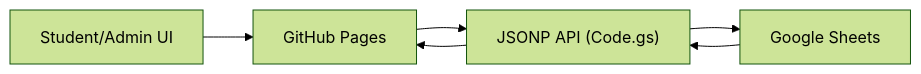
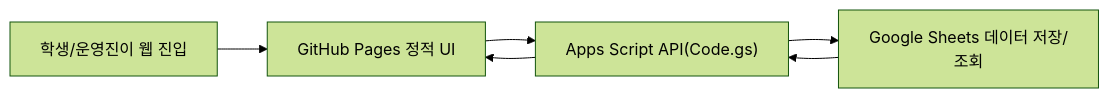
One commit to cloud-club/CloudClubAttendanceSystem changed the first of 2 diagrams in README.md. Above: the diagram before and after it, drawn with Mermaid (forest theme). The commit also changed other lines of this file and 7 other files, not shown here.

````diff
--- a/README.md
+++ b/README.md
@@ -6,8 +6,8 @@
 ```mermaid
 flowchart LR
-  A["Student/Admin UI"] --> B["GitHub Pages"]
-  B --> C["JSONP API (Code.gs)"]
-  C --> D["Google Sheets"]
+  A["학생/운영진이 웹 진입"] --> B["GitHub Pages 정적 UI"]
+  B --> C["Apps Script API(Code.gs)"]
+  C --> D["Google Sheets 데이터 저장/조회"]
   D --> C
   C --> B
 ```
````
